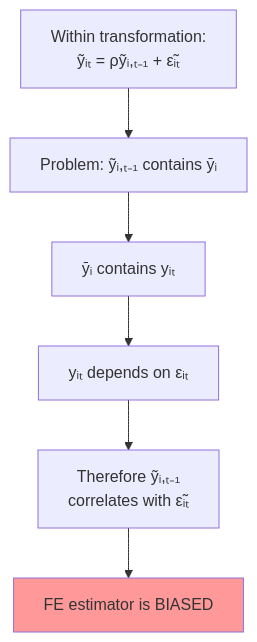
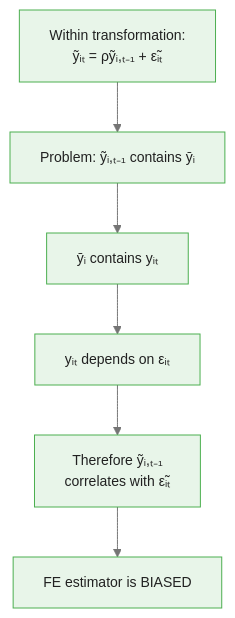
Before and after one commit to m-deane/course-creator: the first of 4 diagrams in courses/panel-regression/modules/module_05_advanced_topics/guides/01_dynamic_panels_slides.md, drawn with Mermaid. The commit also changed other lines of this file and 79 other files, not shown here.

````diff
--- a/courses/panel-regression/modules/module_05_advanced_topics/guides/01_dynamic_panels_slides.md
+++ b/courses/panel-regression/modules/module_05_advanced_topics/guides/01_dynamic_panels_slides.md
@@ -46,11 +60,10 @@
 ```mermaid
+%%{init: {"theme": "base", "themeVariables": {"primaryColor": "#e8f5e9", "primaryBorderColor": "#4caf50", "primaryTextColor": "#212121", "secondaryColor": "#e3f2fd", "tertiaryColor": "#fff8e1", "lineColor": "#757575", "fontFamily": "Inter, sans-serif", "fontSize": "14px"}}}%%
 flowchart TD
     FE["Within transformation:<br/>ỹᵢₜ = ρỹᵢ,ₜ₋₁ + ε̃ᵢₜ"]
     FE --> PROBLEM["Problem: ỹᵢ,ₜ₋₁ contains ȳᵢ"]
     PROBLEM --> CONTAINS["ȳᵢ contains yᵢₜ"]
     CONTAINS --> DEPENDS["yᵢₜ depends on εᵢₜ"]
     DEPENDS --> CORR["Therefore ỹᵢ,ₜ₋₁<br/>correlates with ε̃ᵢₜ"]
     CORR --> BIAS["FE estimator is BIASED"]
-
-    style BIAS fill:#f99
 ```
````
